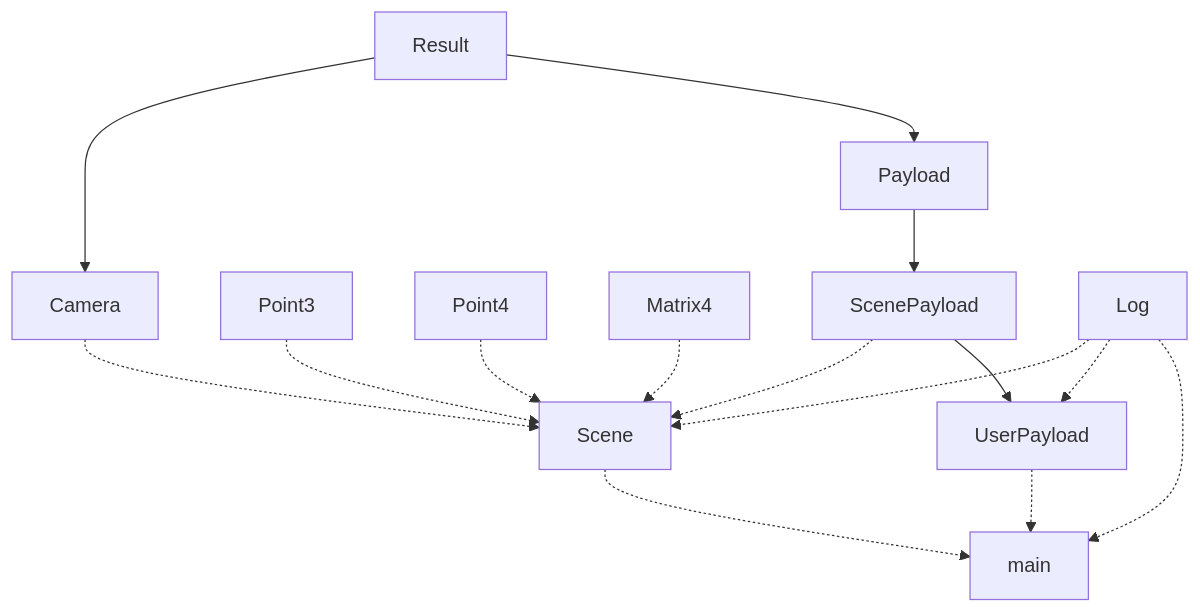
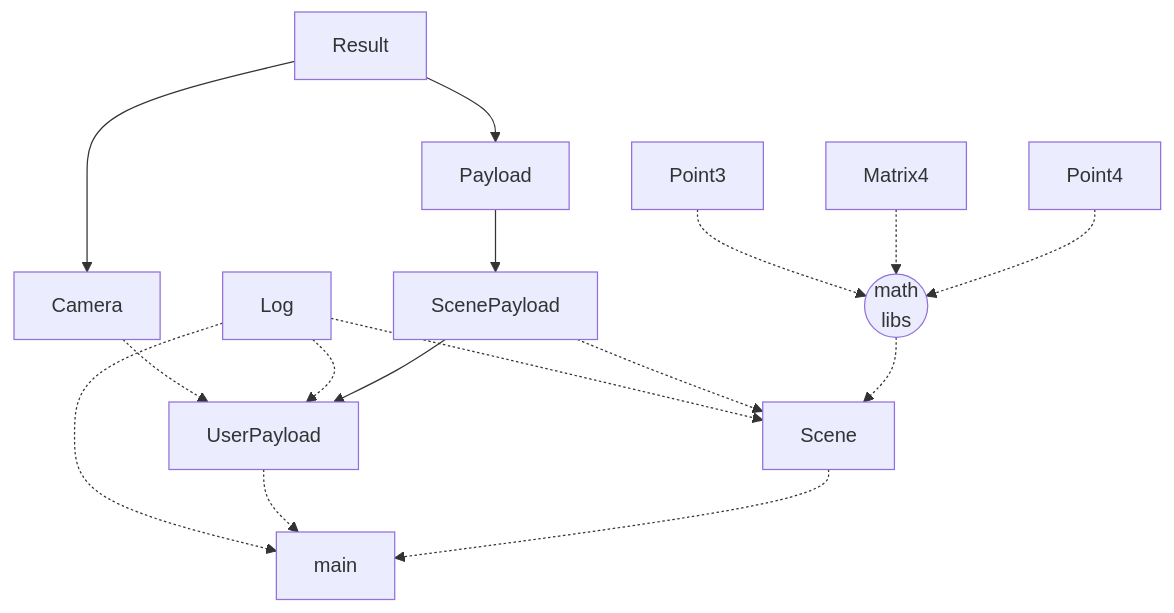
Before and after one commit to johnthesmith/shoggoth: the diagram in README.md, drawn with Mermaid. The commit also changed 8 other files, not shown here.

````diff
--- a/README.md
+++ b/README.md
@@ -17,23 +17,33 @@
 ```mermaid
 flowchart
+
+ScenePayload
+Log
+Camera
+
+math((math<br>libs))
 
 Result --> Camera
 Result --> Payload
 
-Point3 -.-> Scene
-Point4 -.-> Scene
-Matrix4 -.-> Scene
+Payload --> ScenePayload
+Camera -.-> UserPayload
+Log -.-> UserPayload
 
-Payload --> ScenePayload
+ScenePayload -->  UserPayload 
+Log -.-> Scene
 ScenePayload-.-> Scene
-Camera -.-> Scene
 
-Log -.-> Scene
-Log -.-> UserPayload
 Log -.-> main
 
-ScenePayload -->  UserPayload 
 
 UserPayload -.-> main
 Scene -.-> main
+
+
+Point3 -.-> math
+Matrix4 -.-> math
+Point4 -.-> math
+
+math -.-> Scene
 ```
````
